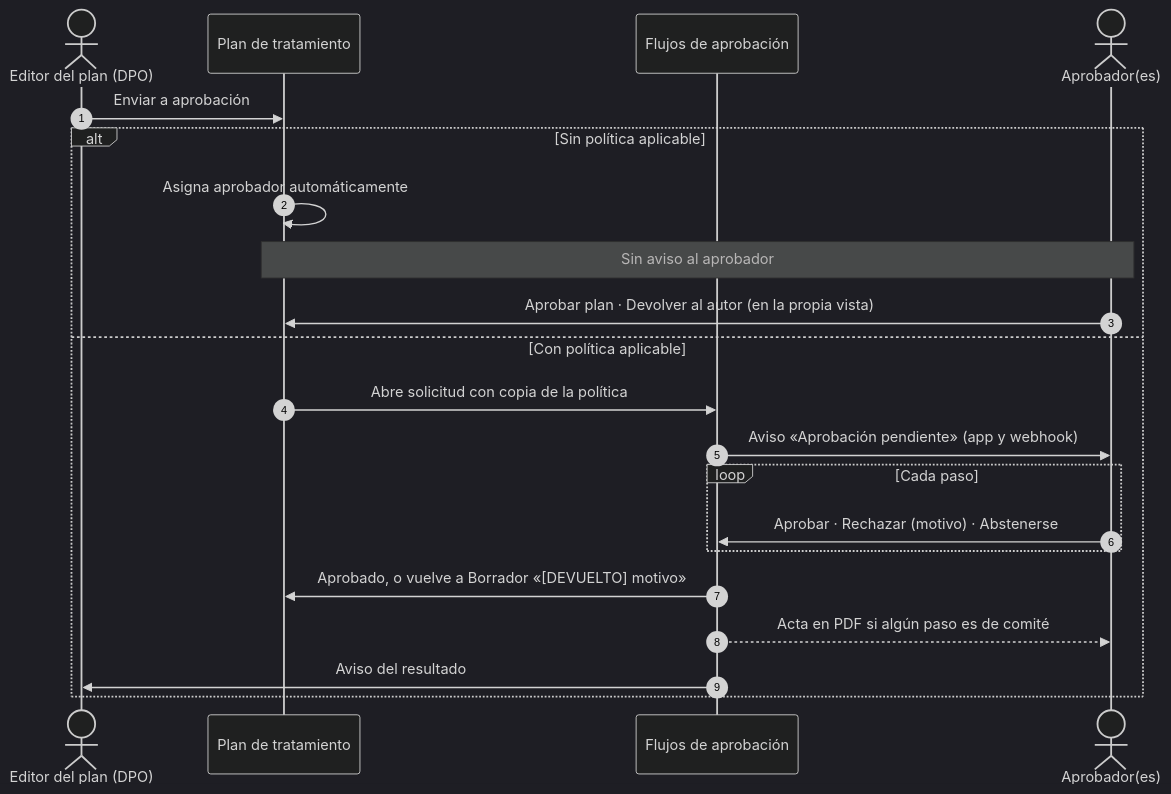
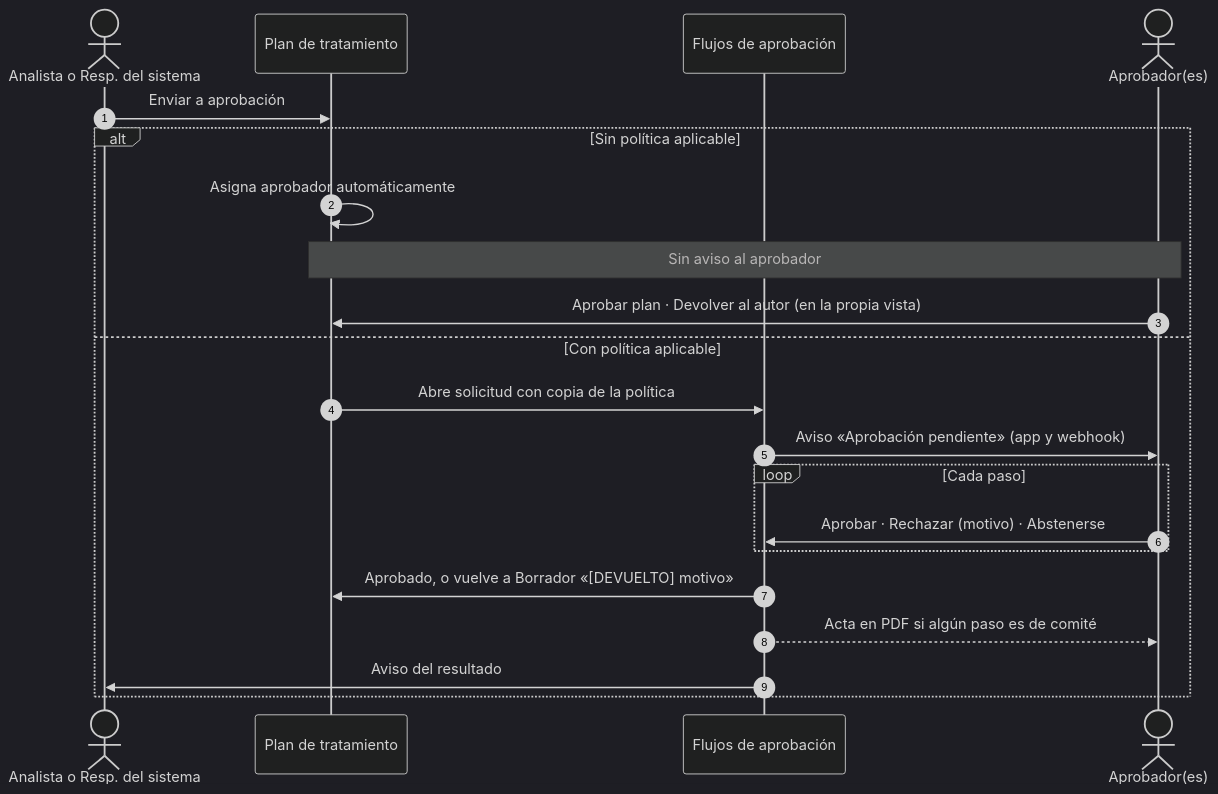
One commit to albarracingarciap/fluxion-saas changed the sixth of 9 diagrams in docs/funcional/flujo-completo-evaluacion.md. Above: the diagram before and after it, drawn with Mermaid (dark theme). The commit also changed other lines of this file and 11 other files, not shown here.

First line of the commit message:
feat(plan): permisos del plan y de la segunda revisión según DP-01 (B01)

````diff
--- a/docs/funcional/flujo-completo-evaluacion.md
+++ b/docs/funcional/flujo-completo-evaluacion.md
@@ -548,23 +550,23 @@
 ```mermaid
 sequenceDiagram
   autonumber
-  actor DPO as Editor del plan (DPO)
+  actor DPO as Analista o Resp. del sistema
   participant Plan as Plan de tratamiento
   participant Motor as Flujos de aprobación
   actor Apr as Aprobador(es)
   DPO->>Plan: Enviar a aprobación
   alt Sin política aplicable
     Plan->>Plan: Asigna aprobador automáticamente
     Note over Plan,Apr: Sin aviso al aprobador
     Apr->>Plan: Aprobar plan · Devolver al autor (en la propia vista)
   else Con política aplicable
     Plan->>Motor: Abre solicitud con copia de la política
     Motor->>Apr: Aviso «Aprobación pendiente» (app y webhook)
     loop Cada paso
       Apr->>Motor: Aprobar · Rechazar (motivo) · Abstenerse
     end
     Motor->>Plan: Aprobado, o vuelve a Borrador «[DEVUELTO] motivo»
     Motor-->>Apr: Acta en PDF si algún paso es de comité
     Motor->>DPO: Aviso del resultado
   end
 ```
````
